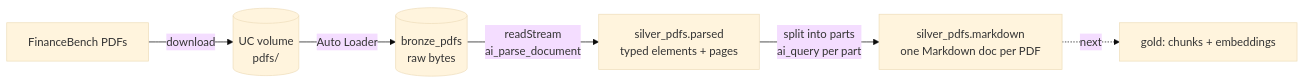
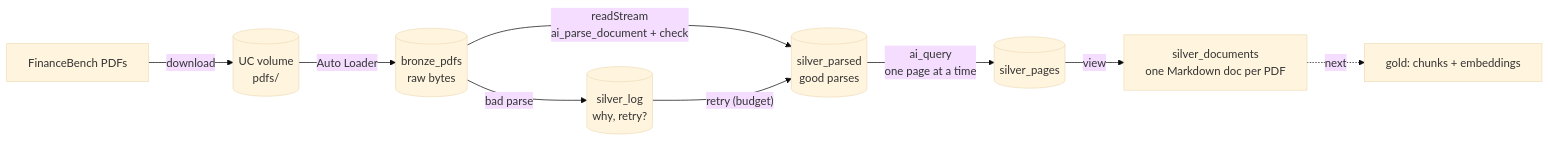
Before and after one commit to SuddhaswattaMaityUK/dbx-finance-bench-rag: the first of 2 diagrams in README.md, drawn with Mermaid (base theme). The commit also changed other lines of this file and 6 other files, not shown here.

First line of the commit message:
Simplify silver: parse and check, log bad results, one ai_query call per page

````diff
--- a/README.md
+++ b/README.md
@@ -9,8 +9,11 @@
 ```mermaid
 flowchart LR
     A[FinanceBench PDFs] -->|download| V[(UC volume<br/>pdfs/)]
     V -->|Auto Loader| B[(bronze_pdfs<br/>raw bytes)]
-    B -->|"readStream<br/>ai_parse_document"| S1["silver_pdfs.parsed<br/>typed elements + pages"]
-    S1 -->|"split into parts<br/>ai_query per part"| S2["silver_pdfs.markdown<br/>one Markdown doc per PDF"]
-    S2 -.->|next| G[gold: chunks + embeddings]
+    B -->|"readStream<br/>ai_parse_document + check"| P[("silver_parsed<br/>good parses")]
+    B -->|"bad parse"| L[("silver_log<br/>why, retry?")]
+    L -->|"retry (budget)"| P
+    P -->|"ai_query<br/>one page at a time"| PG[("silver_pages")]
+    PG -->|view| D["silver_documents<br/>one Markdown doc per PDF"]
+    D -.->|next| G[gold: chunks + embeddings]
 ```
````
